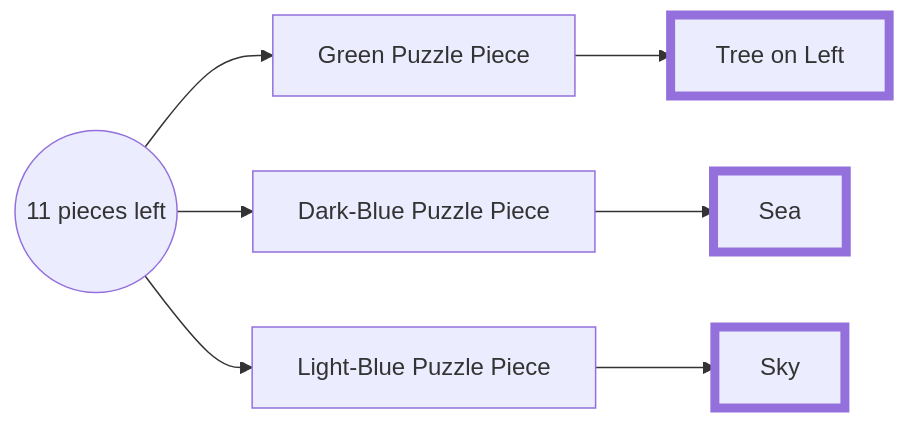
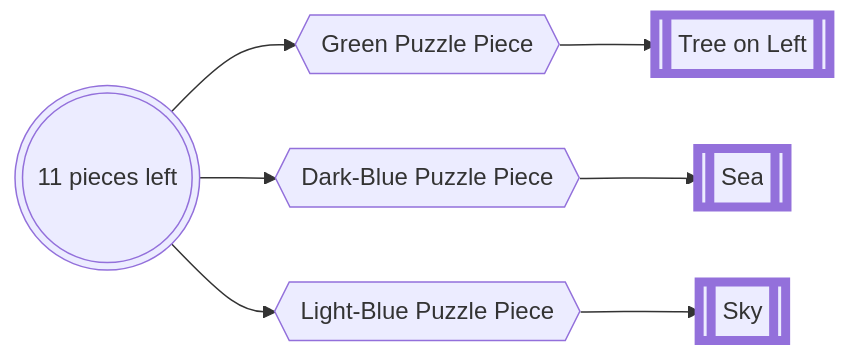
Before and after one commit to 198thread/lineup: the second of 3 diagrams in README.md, drawn with Mermaid. The commit also changed other lines of this file, not shown here.

````diff
--- a/README.md
+++ b/README.md
@@ -15,13 +15,13 @@
 ```mermaid
 graph LR;
     style E stroke-width:6px
     style D stroke-width:6px
     style G stroke-width:6px
 
-    A((   11 pieces left    )) --> B[Green Puzzle Piece]
-    B --> E["Tree on Left"]
-    A --> C[Dark-Blue Puzzle Piece]
-    C --> D["Sea"]
-    A --> F[Light-Blue Puzzle Piece]
-    F --> G["Sky"]
+    A(((11 pieces left))) --> B{{Green Puzzle Piece}}
+    B --> E[["Tree on Left"]]
+    A --> C{{Dark-Blue Puzzle Piece}}
+    C --> D[["Sea"]]
+    A --> F{{Light-Blue Puzzle Piece}}
+    F --> G[["Sky"]]
 ```
````
